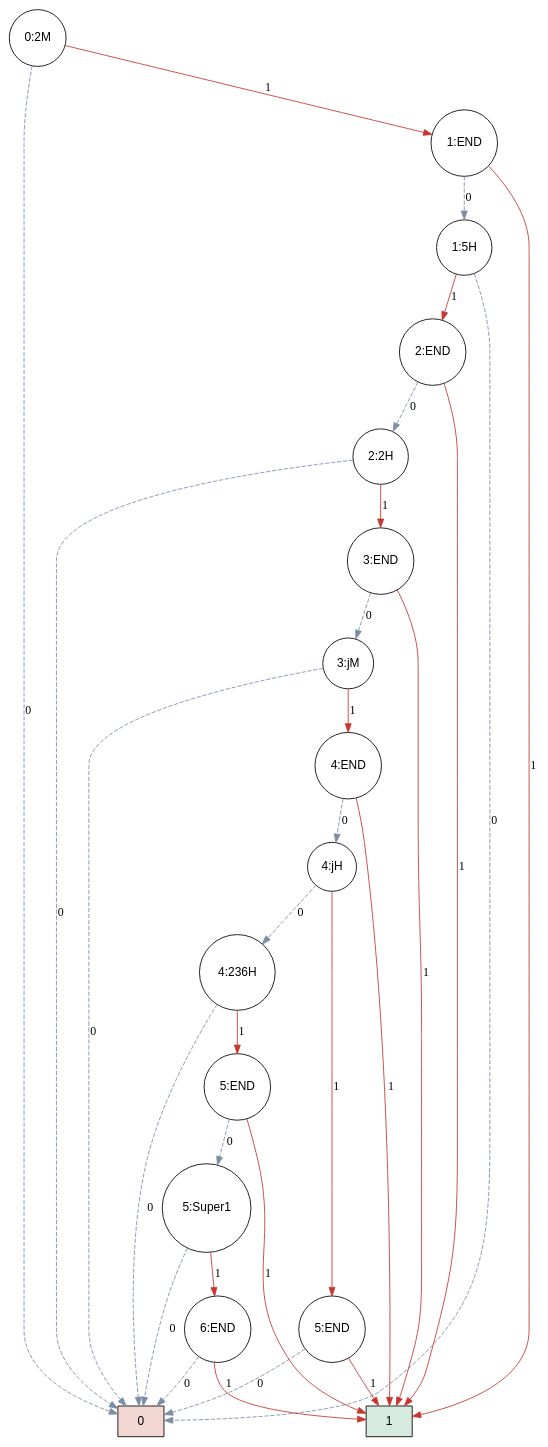
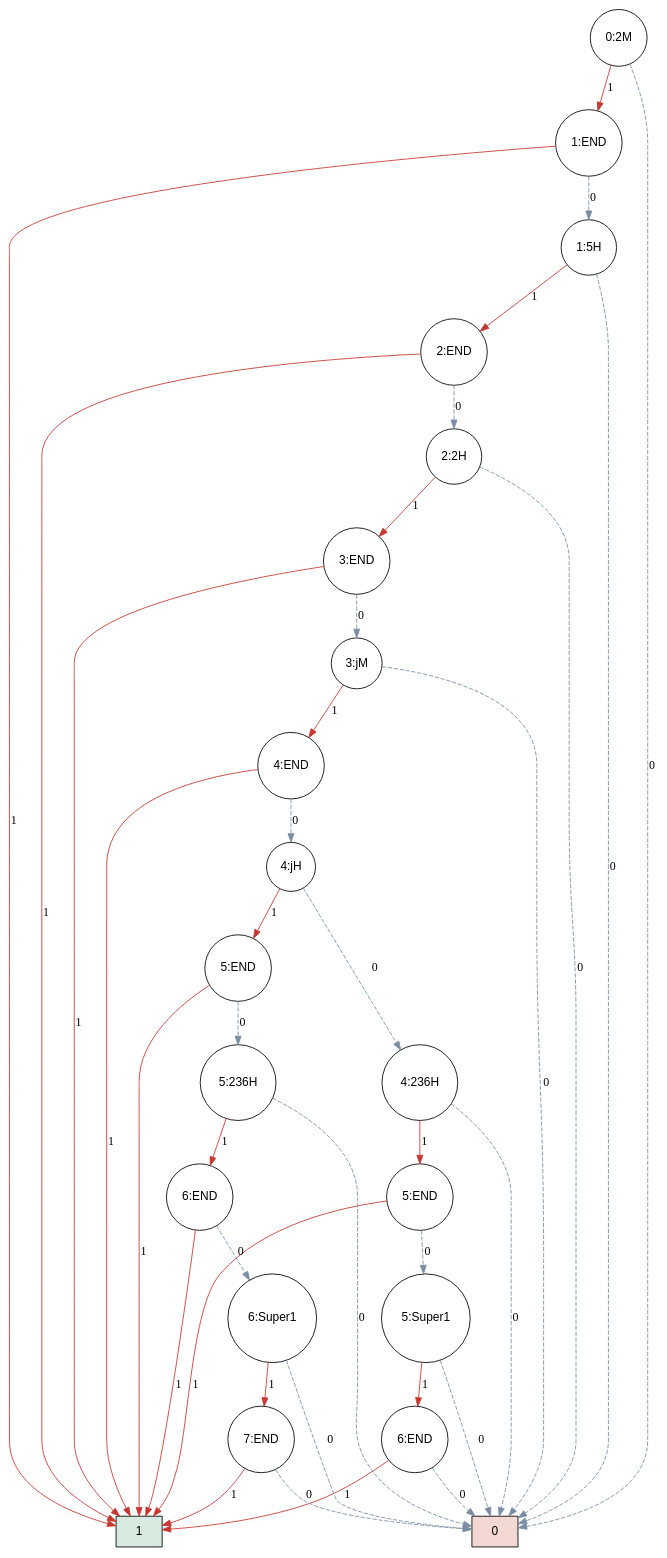
The diagram in combo_lens_routes.zdd.dot (ti-556/ComboZDD), drawn with Graphviz before and after one commit. The commit also changed 9 other files, not shown here.

```diff
--- a/combo_lens_routes.zdd.dot
+++ b/combo_lens_routes.zdd.dot
@@ -1,48 +1,60 @@
 digraph ZDD {
   rankdir=TB;
   node [shape=circle, fontname="Helvetica"];
   z0 [shape=box, label="0", style=filled, fillcolor="#f3d7d2"];
   z1 [shape=box, label="1", style=filled, fillcolor="#d7eadf"];
-  z73 [label="0:2M"];
-  z73 -> z0 [label="0", style=dashed, color="#7b8da5"];
-  z73 -> z72 [label="1", color="#c7372f"];
-  z72 [label="1:END"];
-  z72 -> z71 [label="0", style=dashed, color="#7b8da5"];
-  z72 -> z1 [label="1", color="#c7372f"];
-  z71 [label="1:5H"];
-  z71 -> z0 [label="0", style=dashed, color="#7b8da5"];
-  z71 -> z70 [label="1", color="#c7372f"];
-  z70 [label="2:END"];
-  z70 -> z69 [label="0", style=dashed, color="#7b8da5"];
-  z70 -> z1 [label="1", color="#c7372f"];
-  z69 [label="2:2H"];
-  z69 -> z0 [label="0", style=dashed, color="#7b8da5"];
-  z69 -> z68 [label="1", color="#c7372f"];
-  z68 [label="3:END"];
-  z68 -> z67 [label="0", style=dashed, color="#7b8da5"];
-  z68 -> z1 [label="1", color="#c7372f"];
-  z67 [label="3:jM"];
-  z67 -> z0 [label="0", style=dashed, color="#7b8da5"];
-  z67 -> z66 [label="1", color="#c7372f"];
-  z66 [label="4:END"];
-  z66 -> z65 [label="0", style=dashed, color="#7b8da5"];
-  z66 -> z1 [label="1", color="#c7372f"];
-  z65 [label="4:jH"];
-  z65 -> z64 [label="0", style=dashed, color="#7b8da5"];
-  z65 -> z28 [label="1", color="#c7372f"];
-  z64 [label="4:236H"];
-  z64 -> z0 [label="0", style=dashed, color="#7b8da5"];
-  z64 -> z63 [label="1", color="#c7372f"];
-  z63 [label="5:END"];
-  z63 -> z57 [label="0", style=dashed, color="#7b8da5"];
-  z63 -> z1 [label="1", color="#c7372f"];
-  z57 [label="5:Super1"];
-  z57 -> z0 [label="0", style=dashed, color="#7b8da5"];
-  z57 -> z56 [label="1", color="#c7372f"];
-  z56 [label="6:END"];
-  z56 -> z0 [label="0", style=dashed, color="#7b8da5"];
-  z56 -> z1 [label="1", color="#c7372f"];
-  z28 [label="5:END"];
-  z28 -> z0 [label="0", style=dashed, color="#7b8da5"];
-  z28 -> z1 [label="1", color="#c7372f"];
+  z109 [label="0:2M"];
+  z109 -> z0 [label="0", style=dashed, color="#7b8da5"];
+  z109 -> z108 [label="1", color="#c7372f"];
+  z108 [label="1:END"];
+  z108 -> z107 [label="0", style=dashed, color="#7b8da5"];
+  z108 -> z1 [label="1", color="#c7372f"];
+  z107 [label="1:5H"];
+  z107 -> z0 [label="0", style=dashed, color="#7b8da5"];
+  z107 -> z106 [label="1", color="#c7372f"];
+  z106 [label="2:END"];
+  z106 -> z105 [label="0", style=dashed, color="#7b8da5"];
+  z106 -> z1 [label="1", color="#c7372f"];
+  z105 [label="2:2H"];
+  z105 -> z0 [label="0", style=dashed, color="#7b8da5"];
+  z105 -> z104 [label="1", color="#c7372f"];
+  z104 [label="3:END"];
+  z104 -> z103 [label="0", style=dashed, color="#7b8da5"];
+  z104 -> z1 [label="1", color="#c7372f"];
+  z103 [label="3:jM"];
+  z103 -> z0 [label="0", style=dashed, color="#7b8da5"];
+  z103 -> z102 [label="1", color="#c7372f"];
+  z102 [label="4:END"];
+  z102 -> z101 [label="0", style=dashed, color="#7b8da5"];
+  z102 -> z1 [label="1", color="#c7372f"];
+  z101 [label="4:jH"];
+  z101 -> z100 [label="0", style=dashed, color="#7b8da5"];
+  z101 -> z69 [label="1", color="#c7372f"];
+  z100 [label="4:236H"];
+  z100 -> z0 [label="0", style=dashed, color="#7b8da5"];
+  z100 -> z99 [label="1", color="#c7372f"];
+  z99 [label="5:END"];
+  z99 -> z93 [label="0", style=dashed, color="#7b8da5"];
+  z99 -> z1 [label="1", color="#c7372f"];
+  z93 [label="5:Super1"];
+  z93 -> z0 [label="0", style=dashed, color="#7b8da5"];
+  z93 -> z42 [label="1", color="#c7372f"];
+  z42 [label="6:END"];
+  z42 -> z0 [label="0", style=dashed, color="#7b8da5"];
+  z42 -> z1 [label="1", color="#c7372f"];
+  z69 [label="5:END"];
+  z69 -> z68 [label="0", style=dashed, color="#7b8da5"];
+  z69 -> z1 [label="1", color="#c7372f"];
+  z68 [label="5:236H"];
+  z68 -> z0 [label="0", style=dashed, color="#7b8da5"];
+  z68 -> z67 [label="1", color="#c7372f"];
+  z67 [label="6:END"];
+  z67 -> z60 [label="0", style=dashed, color="#7b8da5"];
+  z67 -> z1 [label="1", color="#c7372f"];
+  z60 [label="6:Super1"];
+  z60 -> z0 [label="0", style=dashed, color="#7b8da5"];
+  z60 -> z59 [label="1", color="#c7372f"];
+  z59 [label="7:END"];
+  z59 -> z0 [label="0", style=dashed, color="#7b8da5"];
+  z59 -> z1 [label="1", color="#c7372f"];
 }
```
